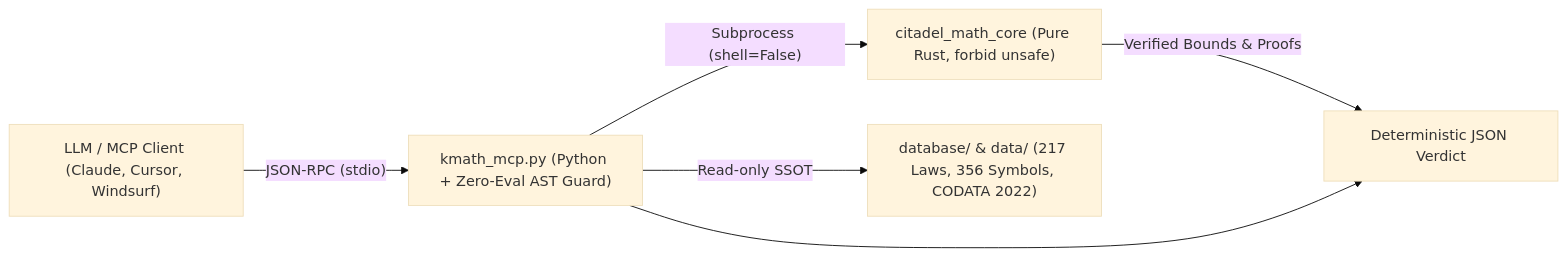
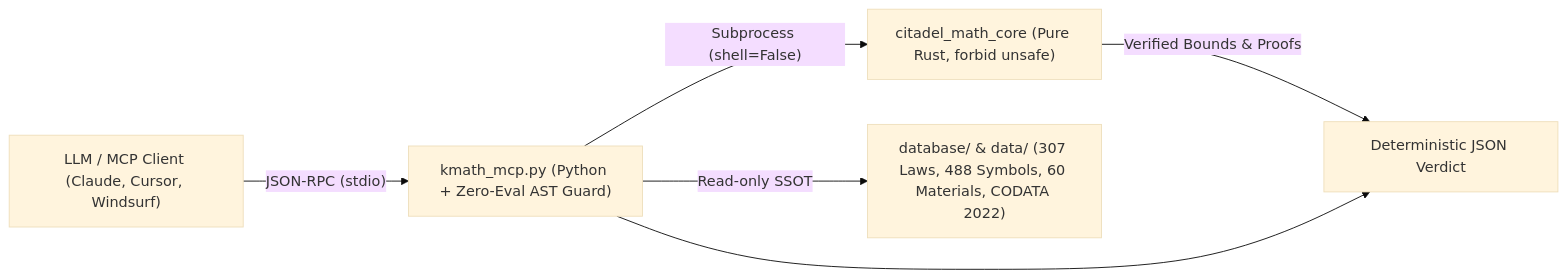
Before and after one commit to imza464-cmyk/citadel-math: the first of 2 diagrams in README.md, drawn with Mermaid (base theme). The commit also changed other lines of this file and 11 other files, not shown here.

Commit message:
feat(ssot,core,site): expand SSOT to 307 laws (34 domains), 488 Z^7 symbols & 60 3-source-verified materials

````diff
--- a/README.md
+++ b/README.md
@@ -22,8 +22,8 @@
 ```mermaid
 flowchart LR
     LLM["LLM / MCP Client (Claude, Cursor, Windsurf)"] -->|"JSON-RPC (stdio)"| MCP["kmath_mcp.py (Python + Zero-Eval AST Guard)"]
     MCP -->|"Subprocess (shell=False)"| RUST["citadel_math_core (Pure Rust, forbid unsafe)"]
-    MCP -->|"Read-only SSOT"| DB["database/ & data/ (217 Laws, 356 Symbols, CODATA 2022)"]
+    MCP -->|"Read-only SSOT"| DB["database/ & data/ (307 Laws, 488 Symbols, 60 Materials, CODATA 2022)"]
     RUST -->|"Verified Bounds & Proofs"| VERDICT["Deterministic JSON Verdict"]
     MCP --> VERDICT
 ```
````
